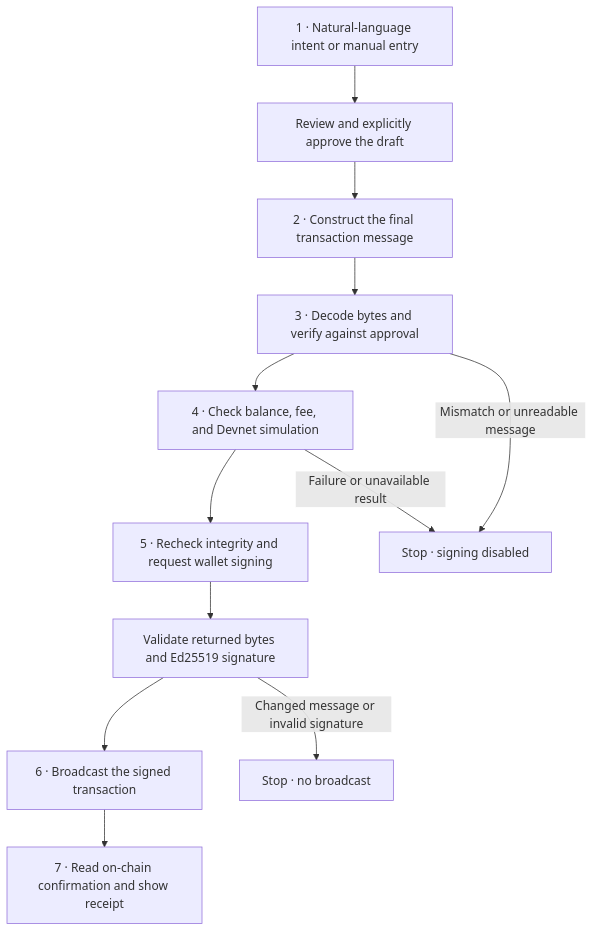
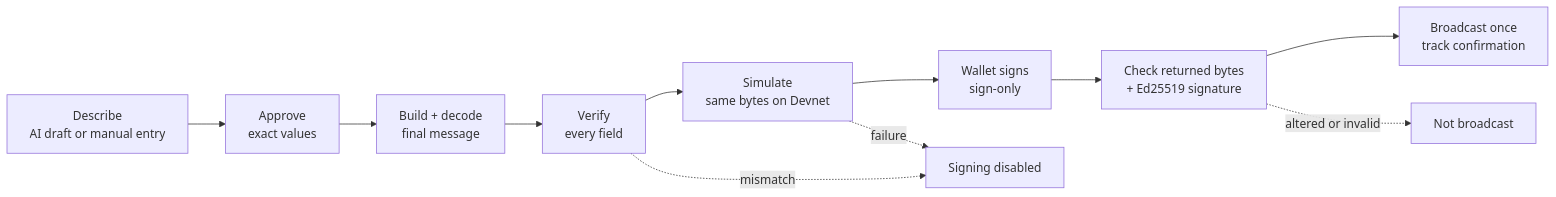
Before and after one commit to lidxgoesgiri/IntentShield: the first of 2 diagrams in README.md, drawn with Mermaid. The commit also changed other lines of this file and 1 other file, not shown here.

````diff
--- a/README.md
+++ b/README.md
@@ -102,14 +75,13 @@
 ```mermaid
-flowchart TD
-    A["1 · Natural-language intent or manual entry"] --> B["Review and explicitly approve the draft"]
-    B --> C["2 · Construct the final transaction message"]
-    C --> D["3 · Decode bytes and verify against approval"]
-    D --> E["4 · Check balance, fee, and Devnet simulation"]
-    E --> F["5 · Recheck integrity and request wallet signing"]
-    F --> G["Validate returned bytes and Ed25519 signature"]
-    G --> H["6 · Broadcast the signed transaction"]
-    H --> I["7 · Read on-chain confirmation and show receipt"]
-    D -->|"Mismatch or unreadable message"| X["Stop · signing disabled"]
-    E -->|"Failure or unavailable result"| X
-    G -->|"Changed message or invalid signature"| Y["Stop · no broadcast"]
+flowchart LR
+    A["Describe<br/>AI draft or manual entry"] --> B["Approve<br/>exact values"]
+    B --> C["Build + decode<br/>final message"]
+    C --> D["Verify<br/>every field"]
+    D --> E["Simulate<br/>same bytes on Devnet"]
+    E --> F["Wallet signs<br/>sign-only"]
+    F --> G["Check returned bytes<br/>+ Ed25519 signature"]
+    G --> H["Broadcast once<br/>track confirmation"]
+    D -.->|mismatch| X["Signing disabled"]
+    E -.->|failure| X
+    G -.->|altered or invalid| Y["Not broadcast"]
 ```
````
